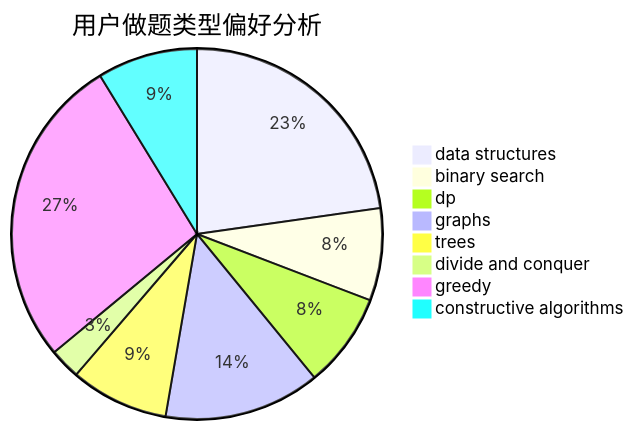
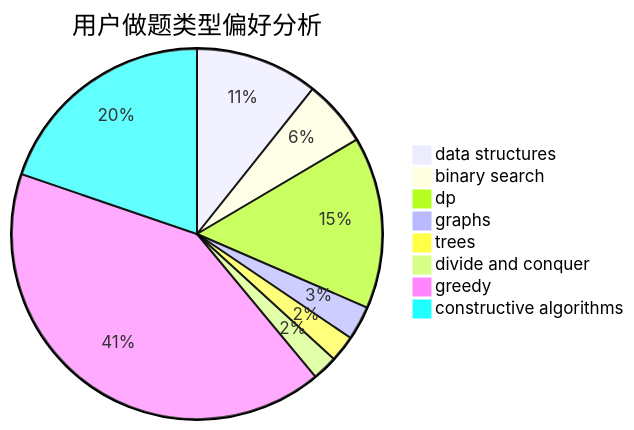
Before and after one commit to sherpahu/cfrs.github.io: the second of 3 diagrams in docs/user/u1.md, drawn with Mermaid. The commit also changed other lines of this file and 2770 other files, not shown here.

````diff
--- a/docs/user/u1.md
+++ b/docs/user/u1.md
@@ -23,11 +23,11 @@
 ```mermaid
 pie title 用户做题类型偏好分析
-    "data structures" :  531
-    "binary search" :  188
-    "dp" :  193
-    "graphs" :  318
-    "trees" :  200
-    "divide and conquer" :  63
-    "greedy" :  636
-    "constructive algorithms" :  204
+    "data structures" :  292
+    "binary search" :  158
+    "dp" :  409
+    "graphs" :  81
+    "trees" :  63
+    "divide and conquer" :  60
+    "greedy" :  1125
+    "constructive algorithms" :  539
 ```
````
